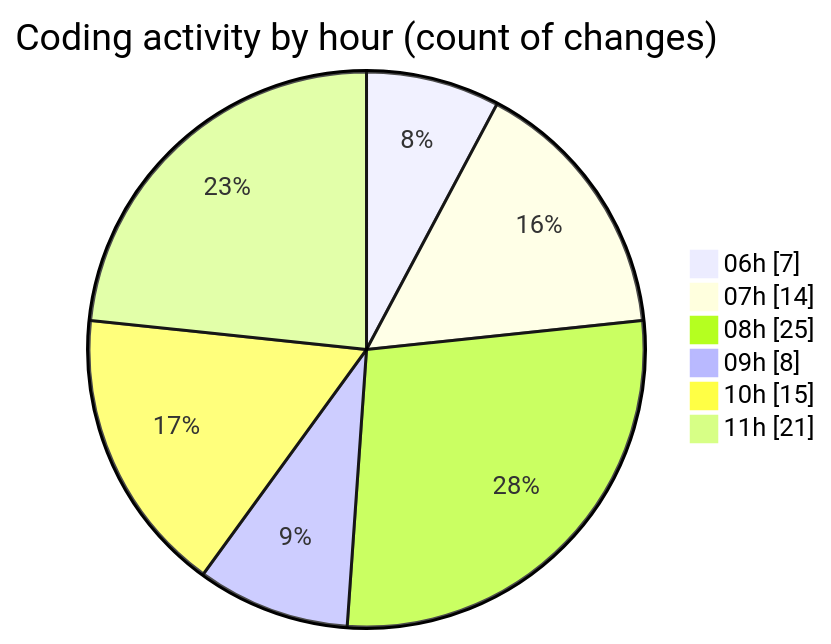
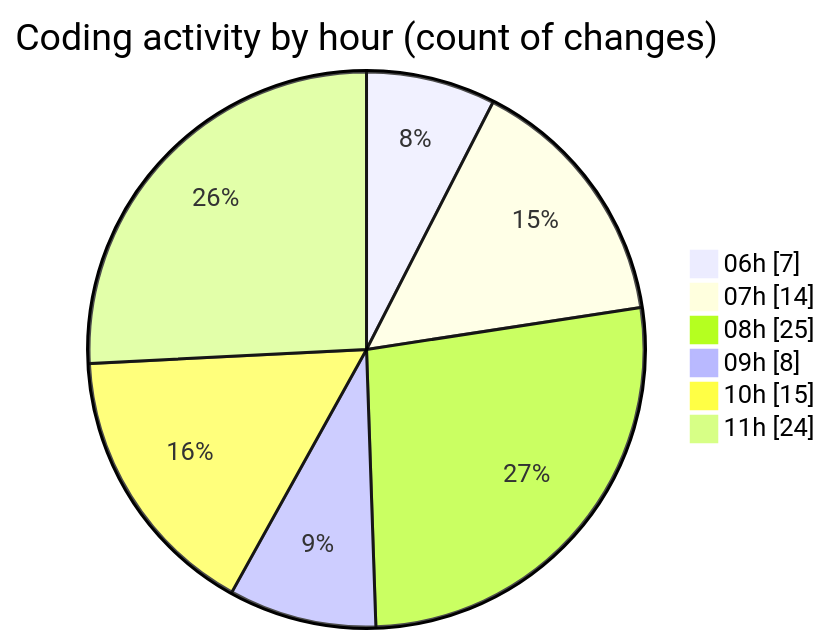
The second of 2 diagrams in 2025-04-18/zeytoon/README.md (vahidmafi/code-tracking), drawn with Mermaid before and after one commit. The commit also changed other lines of this file and 1 other file, not shown here.

````diff
--- a/2025-04-18/zeytoon/README.md
+++ b/2025-04-18/zeytoon/README.md
@@ -39,10 +39,10 @@
 ```mermaid
 pie showData
 title Coding activity by hour (count of changes)
 "06h" : 7
 "07h" : 14
 "08h" : 25
 "09h" : 8
 "10h" : 15
-"11h" : 21
+"11h" : 24
 ```
````
